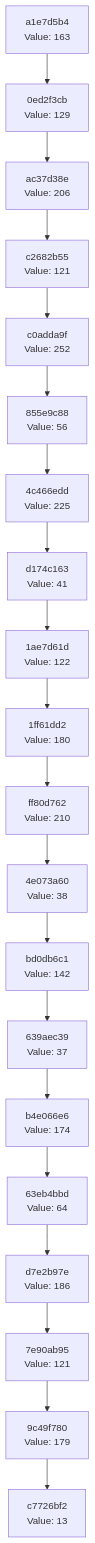
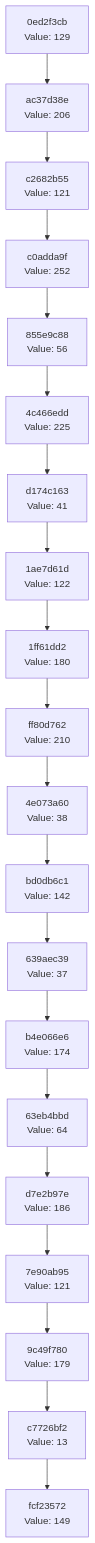
One commit to Abhisheksinha1506/hash-chain-evolver changed the diagram in docs/CHAIN_VISUALIZATION.md. Above: the diagram before and after it, drawn with Mermaid. The commit also changed 1 other file, not shown here.

Commit message:
Evolution Step

````diff
--- a/docs/CHAIN_VISUALIZATION.md
+++ b/docs/CHAIN_VISUALIZATION.md
@@ -3,42 +3,42 @@
 ```mermaid
 graph TD
-    C0["c7726bf2<br/>Value: 13"]
-    C1["9c49f780<br/>Value: 179"]
+    C0["fcf23572<br/>Value: 149"]
+    C1["c7726bf2<br/>Value: 13"]
     C1 --> C0
-    C2["7e90ab95<br/>Value: 121"]
+    C2["9c49f780<br/>Value: 179"]
     C2 --> C1
-    C3["d7e2b97e<br/>Value: 186"]
+    C3["7e90ab95<br/>Value: 121"]
     C3 --> C2
-    C4["63eb4bbd<br/>Value: 64"]
+    C4["d7e2b97e<br/>Value: 186"]
     C4 --> C3
-    C5["b4e066e6<br/>Value: 174"]
+    C5["63eb4bbd<br/>Value: 64"]
     C5 --> C4
-    C6["639aec39<br/>Value: 37"]
+    C6["b4e066e6<br/>Value: 174"]
     C6 --> C5
-    C7["bd0db6c1<br/>Value: 142"]
+    C7["639aec39<br/>Value: 37"]
     C7 --> C6
-    C8["4e073a60<br/>Value: 38"]
+    C8["bd0db6c1<br/>Value: 142"]
     C8 --> C7
-    C9["ff80d762<br/>Value: 210"]
+    C9["4e073a60<br/>Value: 38"]
     C9 --> C8
-    C10["1ff61dd2<br/>Value: 180"]
+    C10["ff80d762<br/>Value: 210"]
     C10 --> C9
-    C11["1ae7d61d<br/>Value: 122"]
+    C11["1ff61dd2<br/>Value: 180"]
     C11 --> C10
-    C12["d174c163<br/>Value: 41"]
+    C12["1ae7d61d<br/>Value: 122"]
     C12 --> C11
-    C13["4c466edd<br/>Value: 225"]
+    C13["d174c163<br/>Value: 41"]
     C13 --> C12
-    C14["855e9c88<br/>Value: 56"]
+    C14["4c466edd<br/>Value: 225"]
     C14 --> C13
-    C15["c0adda9f<br/>Value: 252"]
+    C15["855e9c88<br/>Value: 56"]
     C15 --> C14
-    C16["c2682b55<br/>Value: 121"]
+    C16["c0adda9f<br/>Value: 252"]
     C16 --> C15
-    C17["ac37d38e<br/>Value: 206"]
+    C17["c2682b55<br/>Value: 121"]
     C17 --> C16
-    C18["0ed2f3cb<br/>Value: 129"]
+    C18["ac37d38e<br/>Value: 206"]
     C18 --> C17
-    C19["a1e7d5b4<br/>Value: 163"]
+    C19["0ed2f3cb<br/>Value: 129"]
     C19 --> C18
 ```
````
